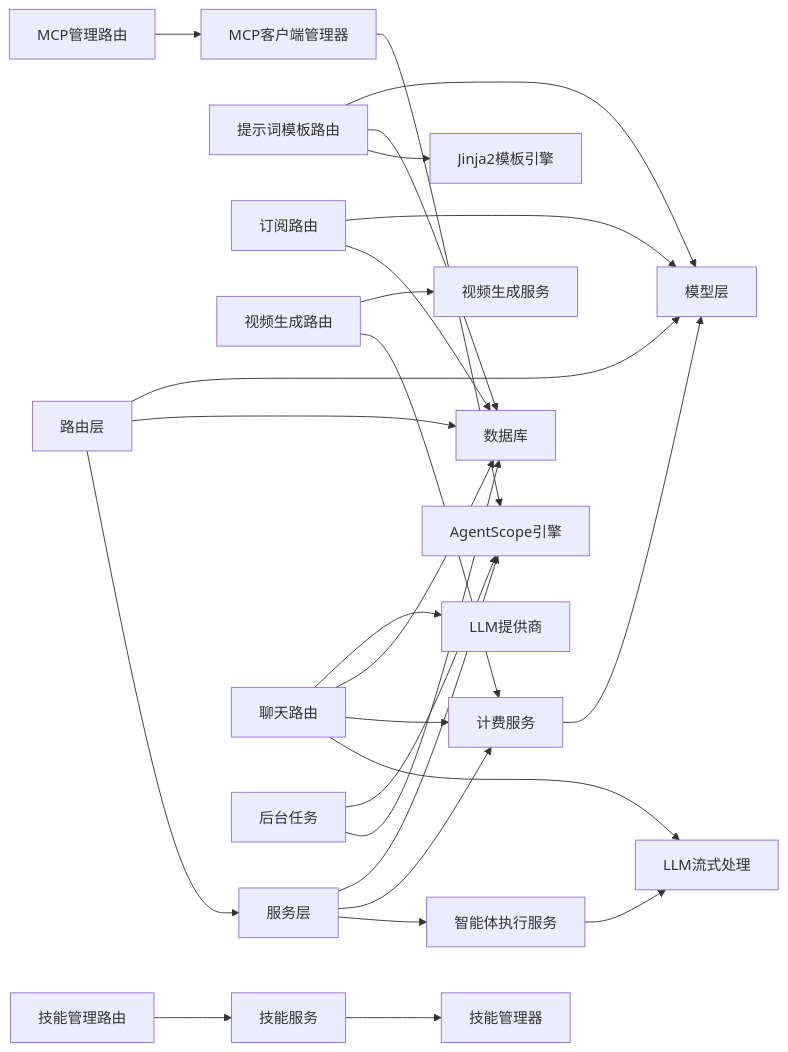
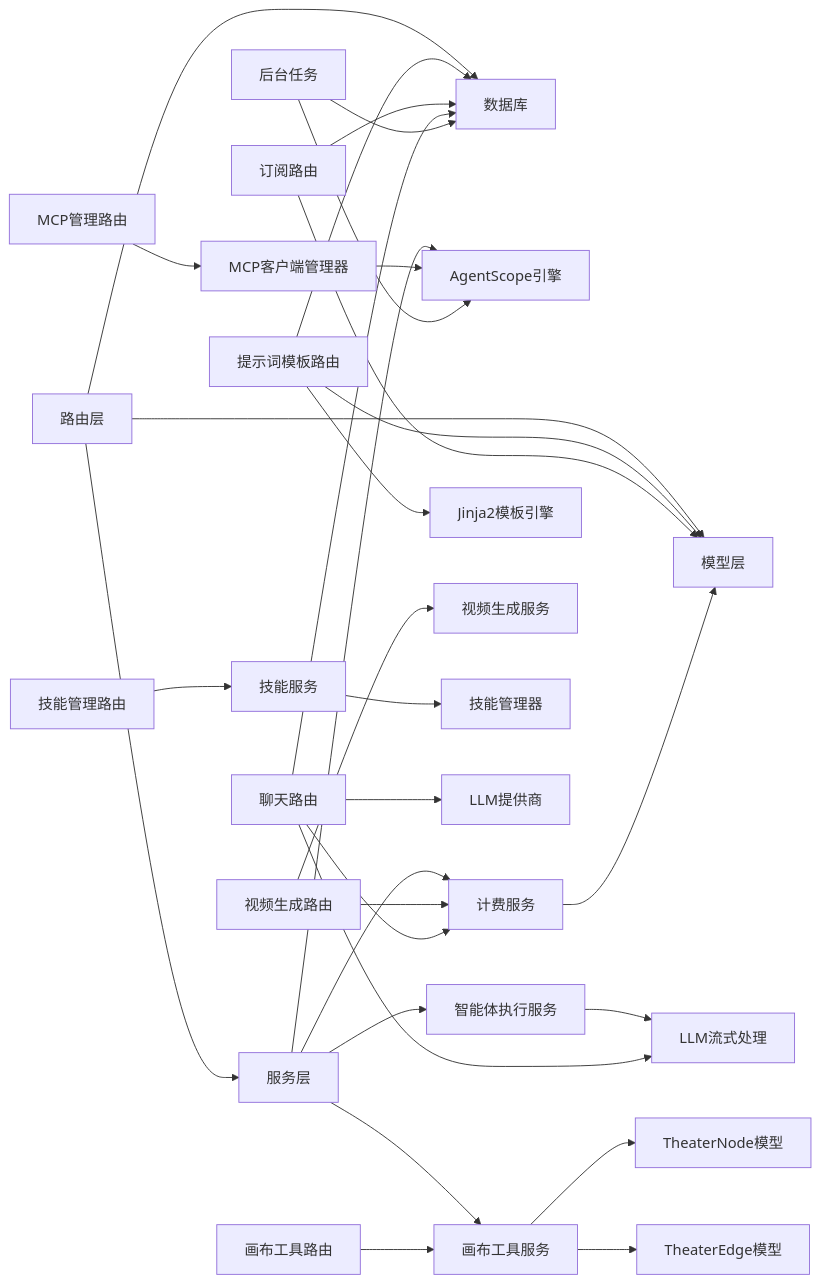
One commit to KunLabAI/KunFlix changed diagram 24 of 24 in .qoder/repowiki/zh/content/后端开发指南/API路由系统/智能体管理API.md. Above: the diagram before and after it, drawn with Mermaid. The commit also changed other lines of this file and 15 other files, not shown here.

````diff
--- a/.qoder/repowiki/zh/content/后端开发指南/API路由系统/智能体管理API.md
+++ b/.qoder/repowiki/zh/content/后端开发指南/API路由系统/智能体管理API.md
@@ -1476,28 +1683,32 @@
 ```mermaid
 graph LR
 ROUTERS["路由层"] --> MODELS["模型层"]
 ROUTERS --> DB["数据库"]
 ROUTERS --> SERVICES["服务层"]
 SERVICES --> AGENTS["AgentScope引擎"]
 SERVICES --> BILLING["计费服务"]
 SERVICES --> AGENT_EXEC["智能体执行服务"]
+SERVICES --> CANVAS["画布工具服务"]
 AGENT_EXEC --> LLM_STREAM["LLM流式处理"]
 PROMPT_TEMPLATES["提示词模板路由"] --> MODELS
 PROMPT_TEMPLATES --> DB
 PROMPT_TEMPLATES --> TEMPLATES["Jinja2模板引擎"]
 SUBSCRIPTIONS["订阅路由"] --> MODELS
 SUBSCRIPTIONS --> DB
 VIDEOS["视频生成路由"] --> VIDEO_GEN["视频生成服务"]
 VIDEOS --> BILLING
 SKILLS_API["技能管理路由"] --> SKILLS_SVC["技能服务"]
 SKILLS_SVC --> SKILLS_MGR["技能管理器"]
 MCP_API["MCP管理路由"] --> MCP_MGR["MCP客户端管理器"]
 MCP_MGR --> AGENTS
+CANVAS_API["画布工具路由"] --> CANVAS
+CANVAS --> THEATER_NODES["TheaterNode模型"]
+CANVAS --> THEATER_EDGES["TheaterEdge模型"]
 CHATS["聊天路由"] --> PROVIDERS["LLM提供商"]
 CHATS --> DB
 CHATS --> BILLING
 CHATS --> LLM_STREAM
 BILLING --> MODELS
 TASKS["后台任务"] --> AGENTS
 TASKS --> DB
 ```
````
